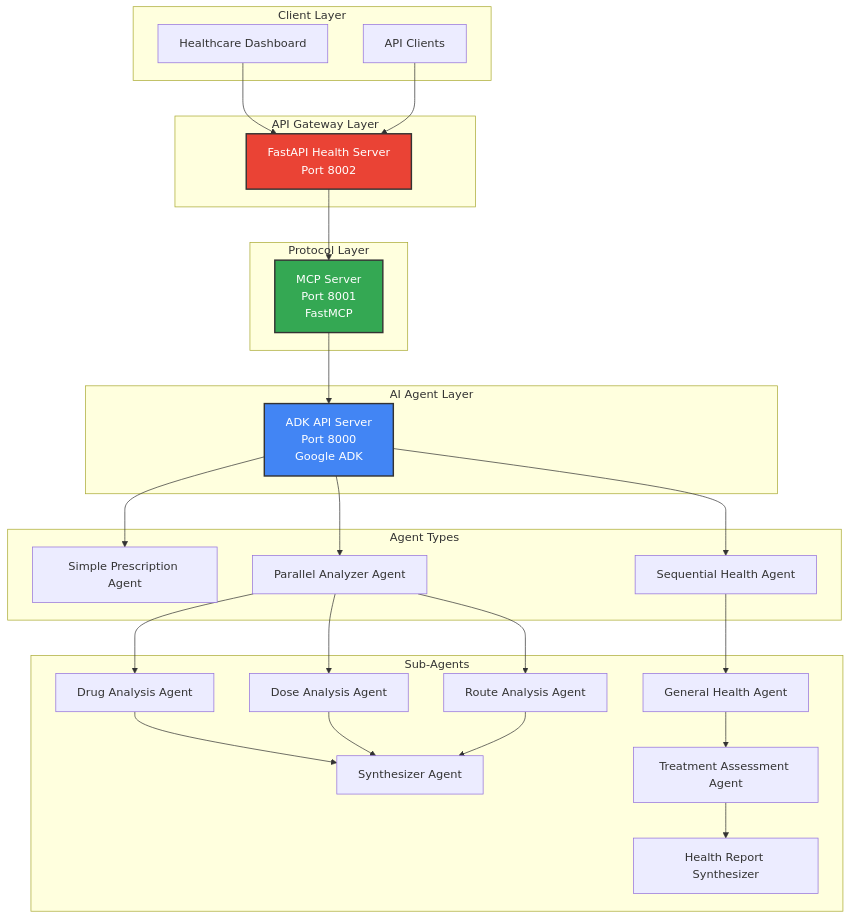
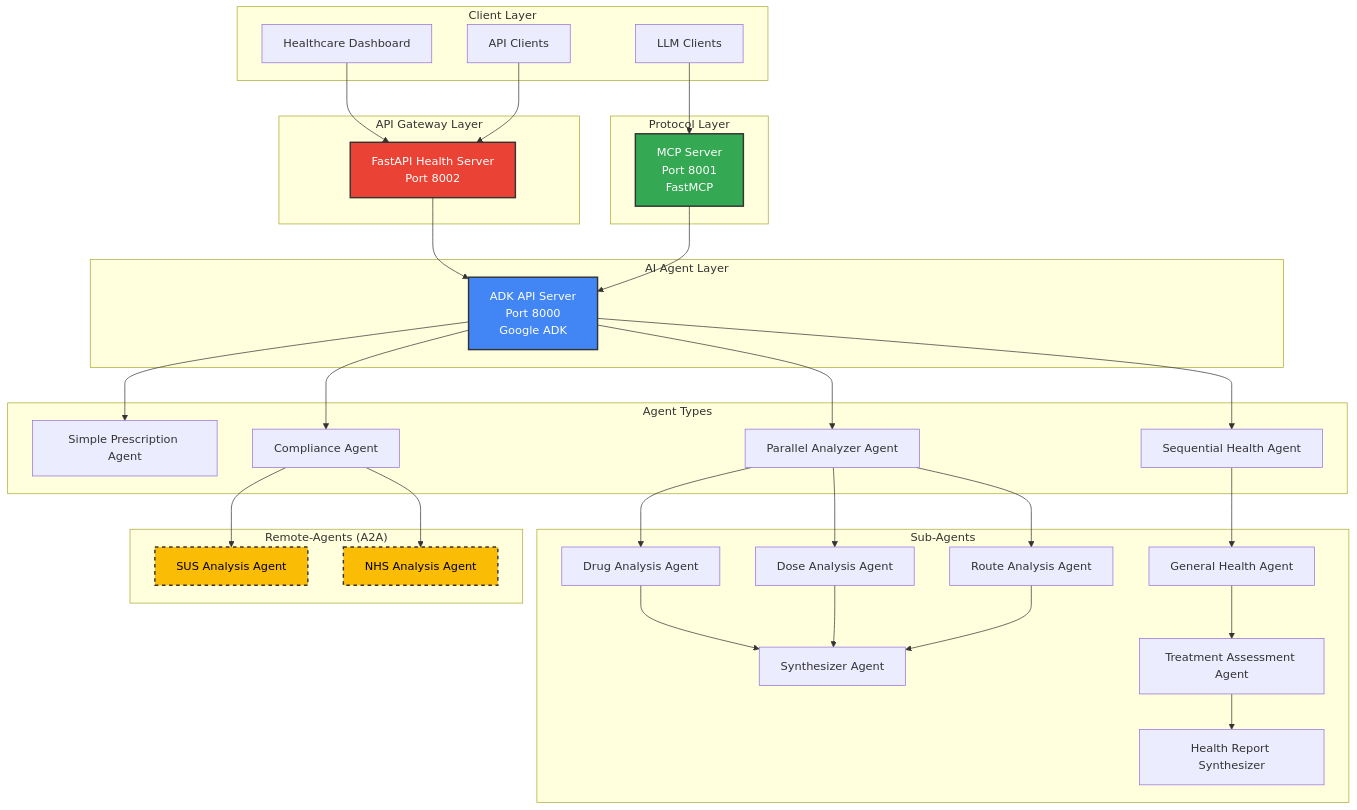
Before and after one commit to xValentim/adk-grun-health: the first of 5 diagrams in docs/architecture.md, drawn with Mermaid. The commit also changed other lines of this file and 5 other files, not shown here.

````diff
--- a/docs/architecture.md
+++ b/docs/architecture.md
@@ -9,60 +17,74 @@
 ```mermaid
 graph TB
     subgraph "Client Layer"
         UI[Healthcare Dashboard]
         API_CLIENT[API Clients]
+        LLM_CLIENT[LLM Clients]
     end
     
     subgraph "API Gateway Layer"
         FASTAPI[FastAPI Health Server<br/>Port 8002]
     end
     
     subgraph "Protocol Layer"  
         MCP[MCP Server<br/>Port 8001<br/>FastMCP]
     end
     
     subgraph "AI Agent Layer"
         ADK[ADK API Server<br/>Port 8000<br/>Google ADK]
     end
     
     subgraph "Agent Types"
         SIMPLE[Simple Prescription Agent]
         PARALLEL[Parallel Analyzer Agent] 
         SEQUENTIAL[Sequential Health Agent]
+        COMPLIANCE[Compliance Agent]
     end
     
     subgraph "Sub-Agents"
         DRUG[Drug Analysis Agent]
         DOSE[Dose Analysis Agent]
         ROUTE[Route Analysis Agent]
         SYNTH1[Synthesizer Agent]
         
         GENERAL[General Health Agent]
         TREATMENT[Treatment Assessment Agent]
         SYNTH2[Health Report Synthesizer]
     end
+
+    subgraph "Remote-Agents (A2A)"
+        SUS_COMPLIANCE[SUS Analysis Agent]
+        NHS_COMPLIANCE[NHS Analysis Agent]
+    end
     
     UI --> FASTAPI
     API_CLIENT --> FASTAPI
-    FASTAPI --> MCP
+    FASTAPI --> ADK
+    LLM_CLIENT --> MCP
     MCP --> ADK
     
     ADK --> SIMPLE
     ADK --> PARALLEL
     ADK --> SEQUENTIAL
+    ADK --> COMPLIANCE
     
     PARALLEL --> DRUG
     PARALLEL --> DOSE  
     PARALLEL --> ROUTE
     DRUG --> SYNTH1
     DOSE --> SYNTH1
     ROUTE --> SYNTH1
     
     SEQUENTIAL --> GENERAL
     GENERAL --> TREATMENT
     TREATMENT --> SYNTH2
+
+    COMPLIANCE --> SUS_COMPLIANCE
+    COMPLIANCE --> NHS_COMPLIANCE
     
     style ADK fill:#4285f4,stroke:#333,stroke-width:2px,color:#fff
     style MCP fill:#34a853,stroke:#333,stroke-width:2px,color:#fff
     style FASTAPI fill:#ea4335,stroke:#333,stroke-width:2px,color:#fff
+    style SUS_COMPLIANCE fill:#fbbc05,stroke:#333,stroke-width:2px,stroke-dasharray: 5 5,color:#000
+    style NHS_COMPLIANCE fill:#fbbc05,stroke:#333,stroke-width:2px,stroke-dasharray: 5 5,color:#000
 ```
````
